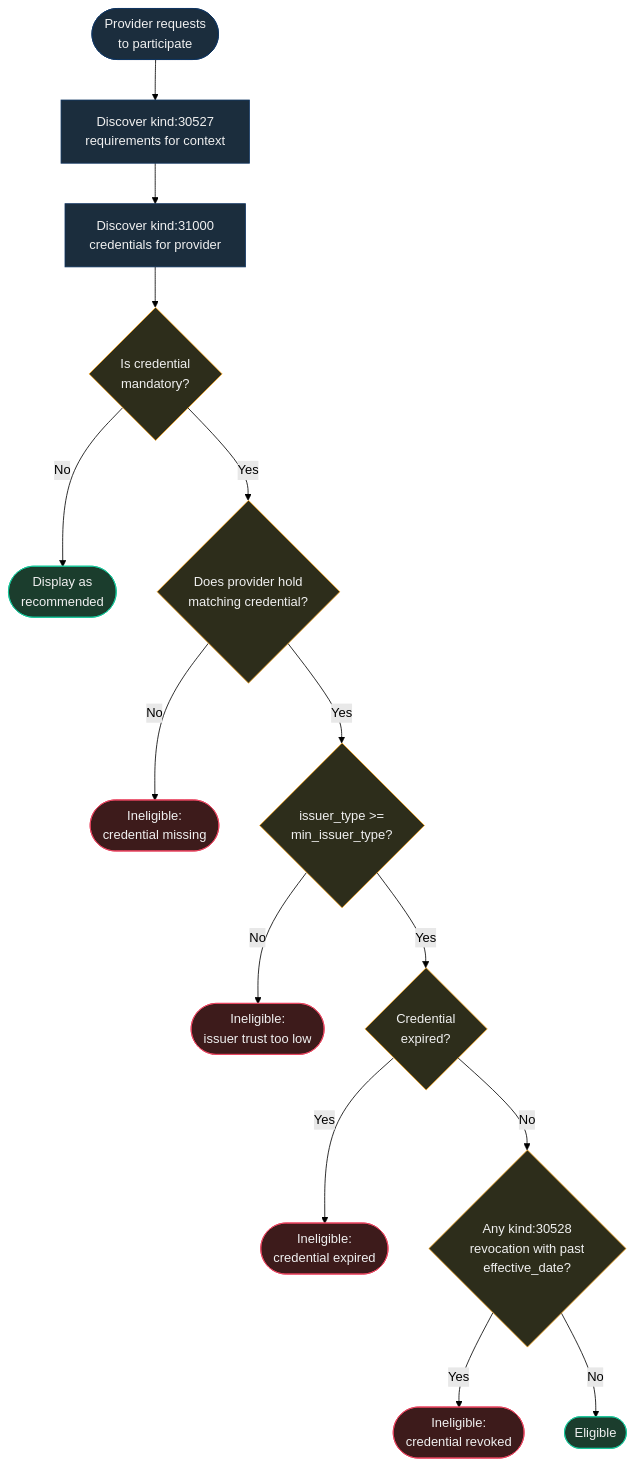
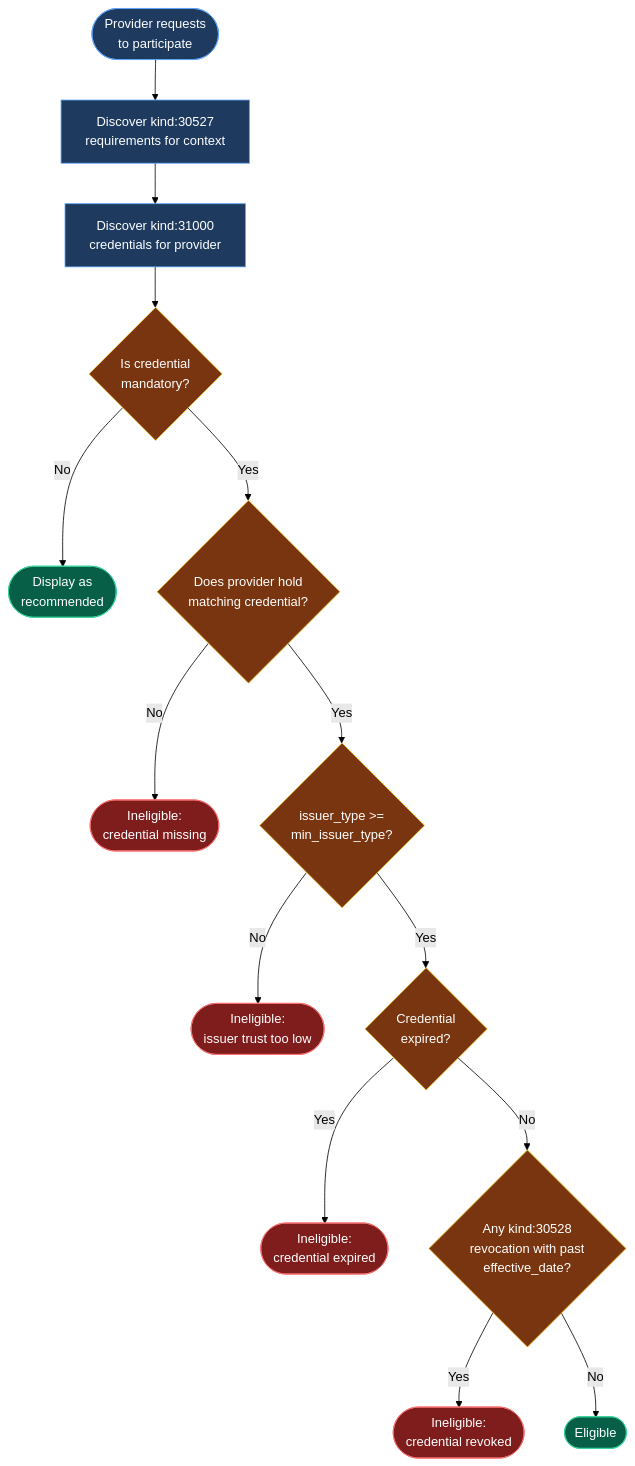
Before and after one commit to forgesworn/nip-drafts: the diagram in images/credentials-1-verification-decision.mmd, drawn with Mermaid (forest theme). The commit also changed 34 other files, not shown here.

First line of the commit message:
fix: improve diagram contrast and readability

```diff
--- a/images/credentials-1-verification-decision.mmd
+++ b/images/credentials-1-verification-decision.mmd
@@ -1,31 +1,31 @@
 flowchart TD
-    classDef green fill:#1b3d2d,stroke:#16c79a,color:#f0f0f0
-    classDef yellow fill:#2d2d1b,stroke:#f5a623,color:#f0f0f0
-    classDef blue fill:#1b2d3d,stroke:#0f3460,color:#f0f0f0
-    classDef red fill:#3d1b1b,stroke:#e94560,color:#f0f0f0
+    classDef green fill:#065f46,stroke:#34d399,color:#ffffff
+    classDef yellow fill:#78350f,stroke:#fbbf24,color:#ffffff
+    classDef blue fill:#1e3a5f,stroke:#60a5fa,color:#ffffff
+    classDef red fill:#7f1d1d,stroke:#f87171,color:#ffffff
 
     START([Provider requests<br/>to participate]):::blue
     REQ[Discover kind:30527<br/>requirements for context]:::blue
     CRED[Discover kind:31000<br/>credentials for provider]:::blue
 
     START --> REQ --> CRED
 
     MANDATORY{Is credential<br/>mandatory?}:::yellow
     CRED --> MANDATORY
 
     MANDATORY -- "No" --> RECOMMEND([Display as<br/>recommended]):::green
 
     MANDATORY -- "Yes" --> HAS_CRED{Does provider hold<br/>matching credential?}:::yellow
     HAS_CRED -- "No" --> INELIGIBLE([Ineligible:<br/>credential missing]):::red
 
     HAS_CRED -- "Yes" --> TRUST{issuer_type >= <br/>min_issuer_type?}:::yellow
 
     TRUST -- "No" --> INELIGIBLE2([Ineligible:<br/>issuer trust too low]):::red
 
     TRUST -- "Yes" --> EXPIRY{Credential<br/>expired?}:::yellow
     EXPIRY -- "Yes" --> INELIGIBLE3([Ineligible:<br/>credential expired]):::red
 
     EXPIRY -- "No" --> REVOKED{Any kind:30528<br/>revocation with past<br/>effective_date?}:::yellow
     REVOKED -- "Yes" --> INELIGIBLE4([Ineligible:<br/>credential revoked]):::red
 
     REVOKED -- "No" --> ELIGIBLE([Eligible]):::green
```
